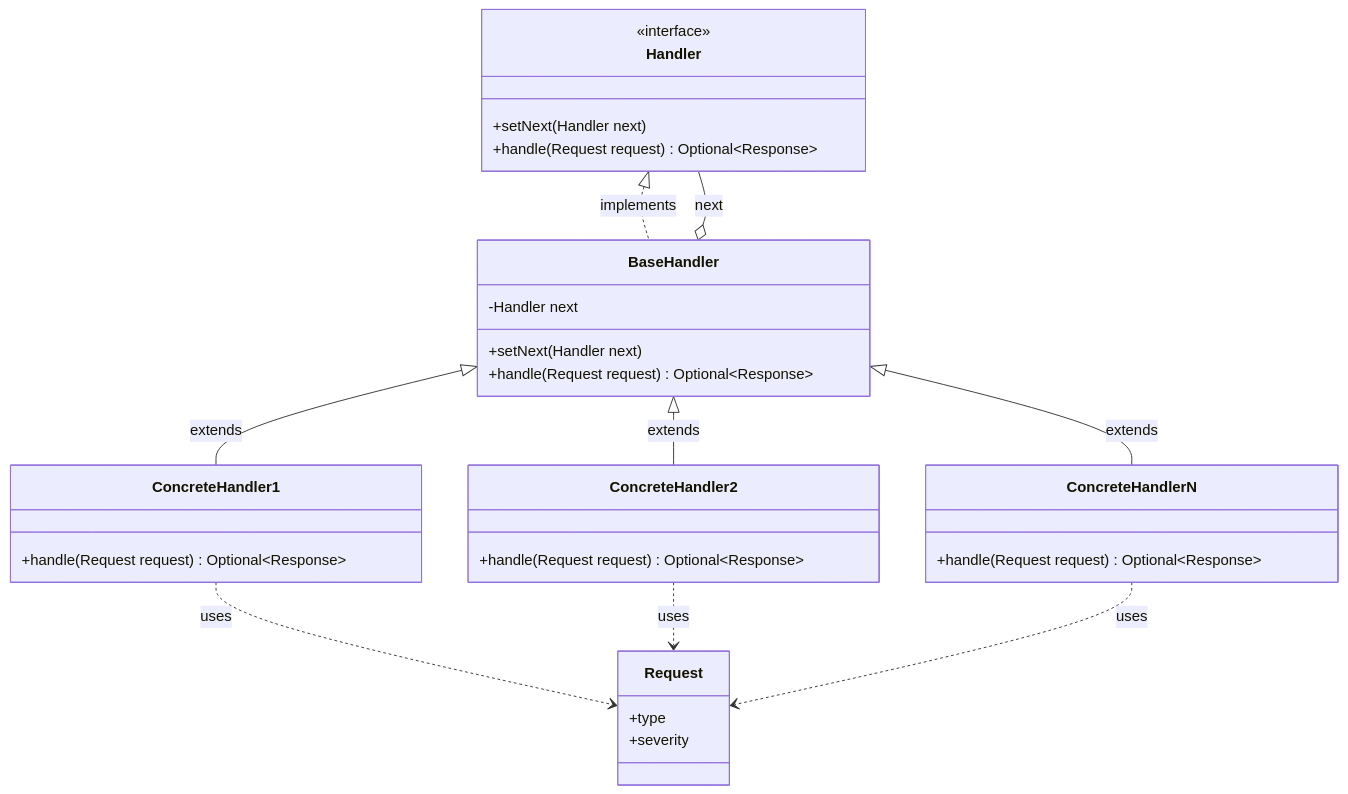
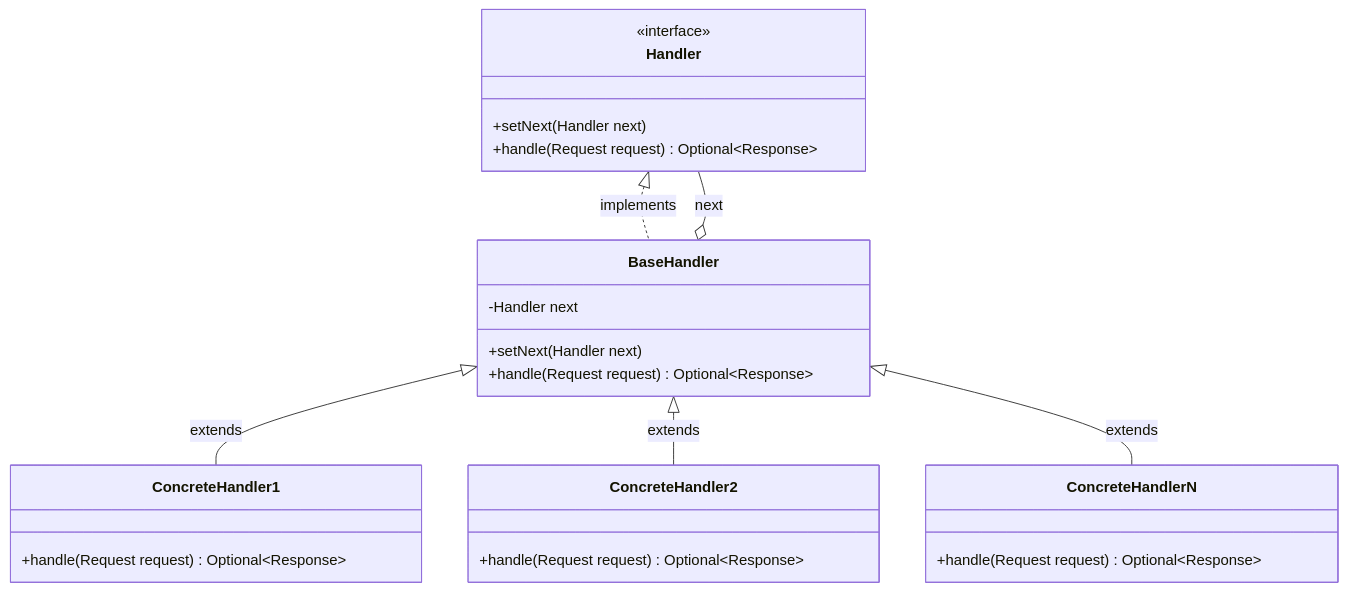
Before and after one commit to lajthabalazs/design-patterns: the first of 2 diagrams in src/main/java/com/lajthabalazs/designpatterns/behavior/chainofresponsibility/README.md, drawn with Mermaid. The commit also changed other lines of this file and 8 other files, not shown here.

````diff
--- a/src/main/java/com/lajthabalazs/designpatterns/behavior/chainofresponsibility/README.md
+++ b/src/main/java/com/lajthabalazs/designpatterns/behavior/chainofresponsibility/README.md
@@ -15,40 +15,32 @@
 ```mermaid
 classDiagram
     class Handler {
         <<interface>>
         +setNext(Handler next)
         +handle(Request request) Optional~Response~
     }
 
     class BaseHandler {
         -Handler next
         +setNext(Handler next)
         +handle(Request request) Optional~Response~
     }
 
     class ConcreteHandler1 {
         +handle(Request request) Optional~Response~
     }
 
     class ConcreteHandler2 {
         +handle(Request request) Optional~Response~
     }
 
     class ConcreteHandlerN {
         +handle(Request request) Optional~Response~
     }
 
-    class Request {
-        +type
-        +severity
-    }
-
     Handler <|.. BaseHandler : implements
     BaseHandler <|-- ConcreteHandler1 : extends
     BaseHandler <|-- ConcreteHandler2 : extends
     BaseHandler <|-- ConcreteHandlerN : extends
     BaseHandler o-- Handler : next
-    ConcreteHandler1 ..> Request : uses
-    ConcreteHandler2 ..> Request : uses
-    ConcreteHandlerN ..> Request : uses
 ```
````
